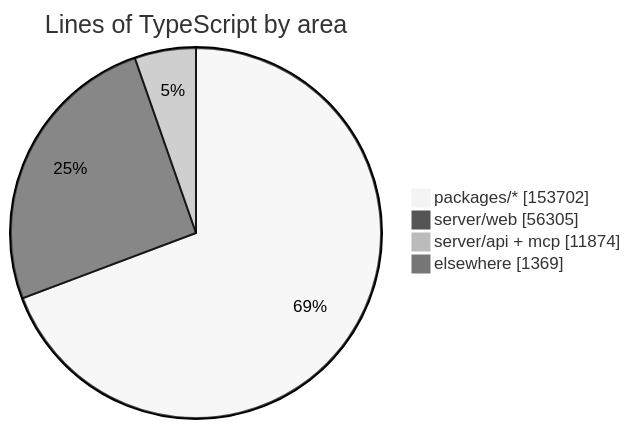
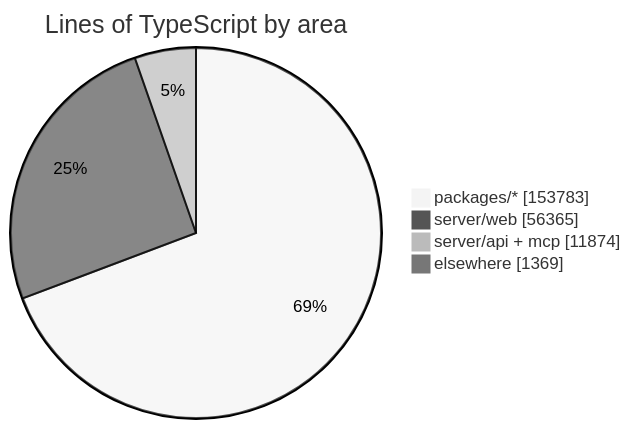
One commit to crossworks-engineering/mantle changed the diagram in README.md. Above: the diagram before and after it, drawn with Mermaid (neutral theme). The commit also changed other lines of this file and 2 other files, not shown here.

````diff
--- a/README.md
+++ b/README.md
@@ -279,7 +279,7 @@
 ```mermaid
 pie showData title Lines of TypeScript by area
-    "packages/*" : 153702
-    "server/web" : 56305
+    "packages/*" : 153783
+    "server/web" : 56365
     "server/api + mcp" : 11874
     "elsewhere" : 1369
 ```
````
